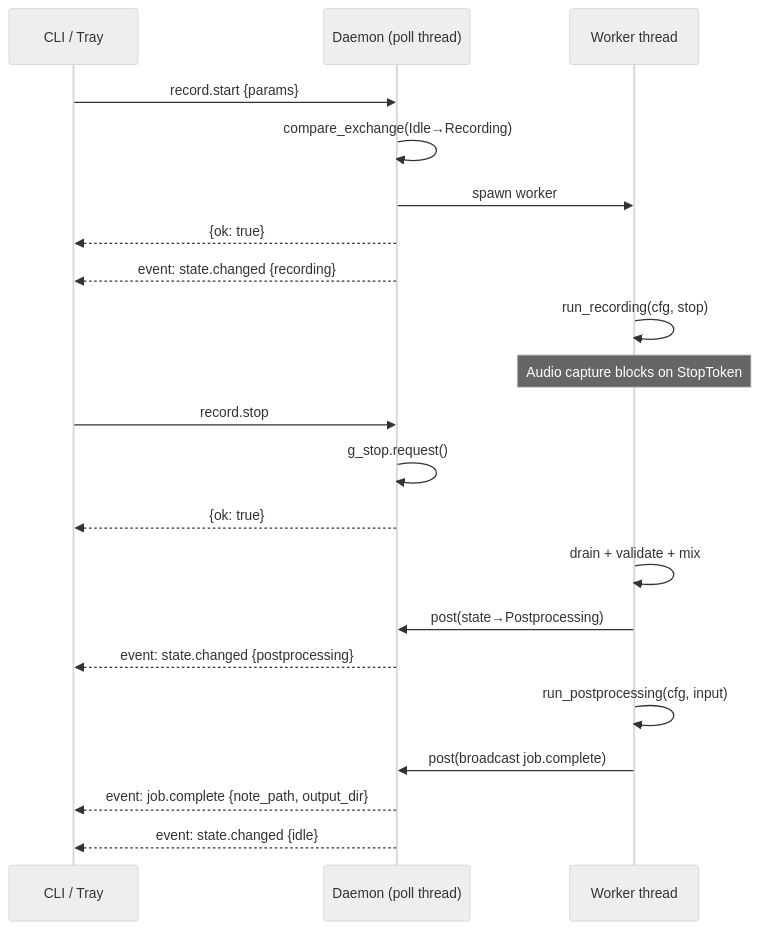
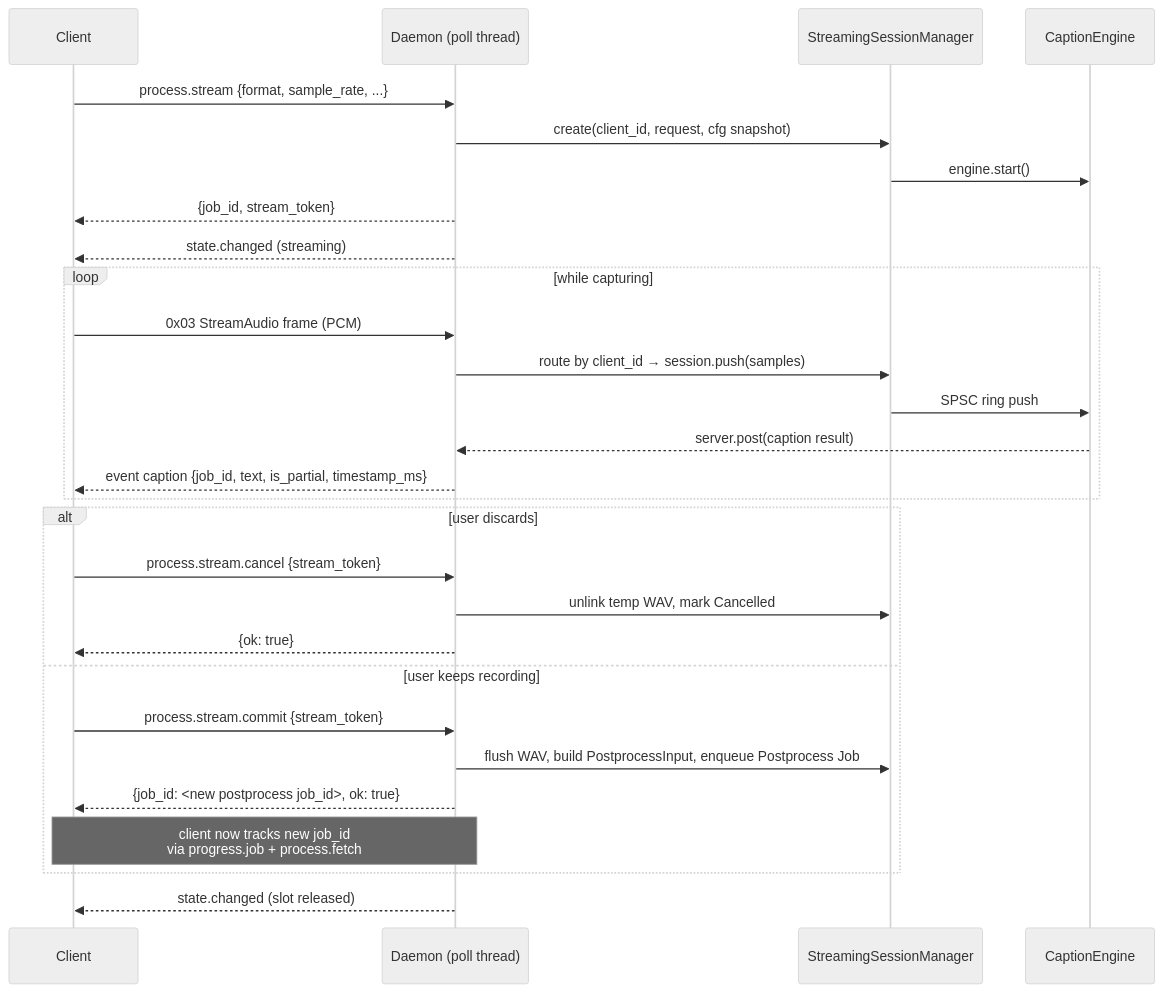
Before and after one commit to suykerbuyk/recmeet: the tenth of 18 diagrams in docs/ARCHITECTURE.md, drawn with Mermaid (neutral theme). The commit also changed other lines of this file and 19 other files, not shown here.

````diff
--- a/docs/ARCHITECTURE.md
+++ b/docs/ARCHITECTURE.md
@@ -626,28 +834,33 @@
 ```mermaid
 sequenceDiagram
-    participant C as CLI / Tray
+    participant C as Client
     participant D as Daemon (poll thread)
-    participant W as Worker thread
+    participant S as StreamingSessionManager
+    participant E as CaptionEngine
 
-    C->>D: record.start {params}
-    D->>D: compare_exchange(Idle→Recording)
-    D->>W: spawn worker
-    D-->>C: {ok: true}
-    D-->>C: event: state.changed {recording}
+    C->>D: process.stream {format, sample_rate, ...}
+    D->>S: create(client_id, request, cfg snapshot)
+    S->>E: engine.start()
+    D-->>C: {job_id, stream_token}
+    D-->>C: state.changed (streaming)
 
-    W->>W: run_recording(cfg, stop)
-    Note over W: Audio capture blocks on StopToken
+    loop while capturing
+        C->>D: 0x03 StreamAudio frame (PCM)
+        D->>S: route by client_id → session.push(samples)
+        S->>E: SPSC ring push
+        E-->>D: server.post(caption result)
+        D-->>C: event caption {job_id, text, is_partial, timestamp_ms}
+    end
 
-    C->>D: record.stop
-    D->>D: g_stop.request()
-    D-->>C: {ok: true}
-
-    W->>W: drain + validate + mix
-    W->>D: post(state→Postprocessing)
-    D-->>C: event: state.changed {postprocessing}
-
-    W->>W: run_postprocessing(cfg, input)
-    W->>D: post(broadcast job.complete)
-    D-->>C: event: job.complete {note_path, output_dir}
-    D-->>C: event: state.changed {idle}
+    alt user discards
+        C->>D: process.stream.cancel {stream_token}
+        D->>S: unlink temp WAV, mark Cancelled
+        D-->>C: {ok: true}
+    else user keeps recording
+        C->>D: process.stream.commit {stream_token}
+        D->>S: flush WAV, build PostprocessInput, enqueue Postprocess Job
+        D-->>C: {job_id: <new postprocess job_id>, ok: true}
+        Note over C,D: client now tracks new job_id<br/>via progress.job + process.fetch
+    end
+    D-->>C: state.changed (slot released)
 ```
````
